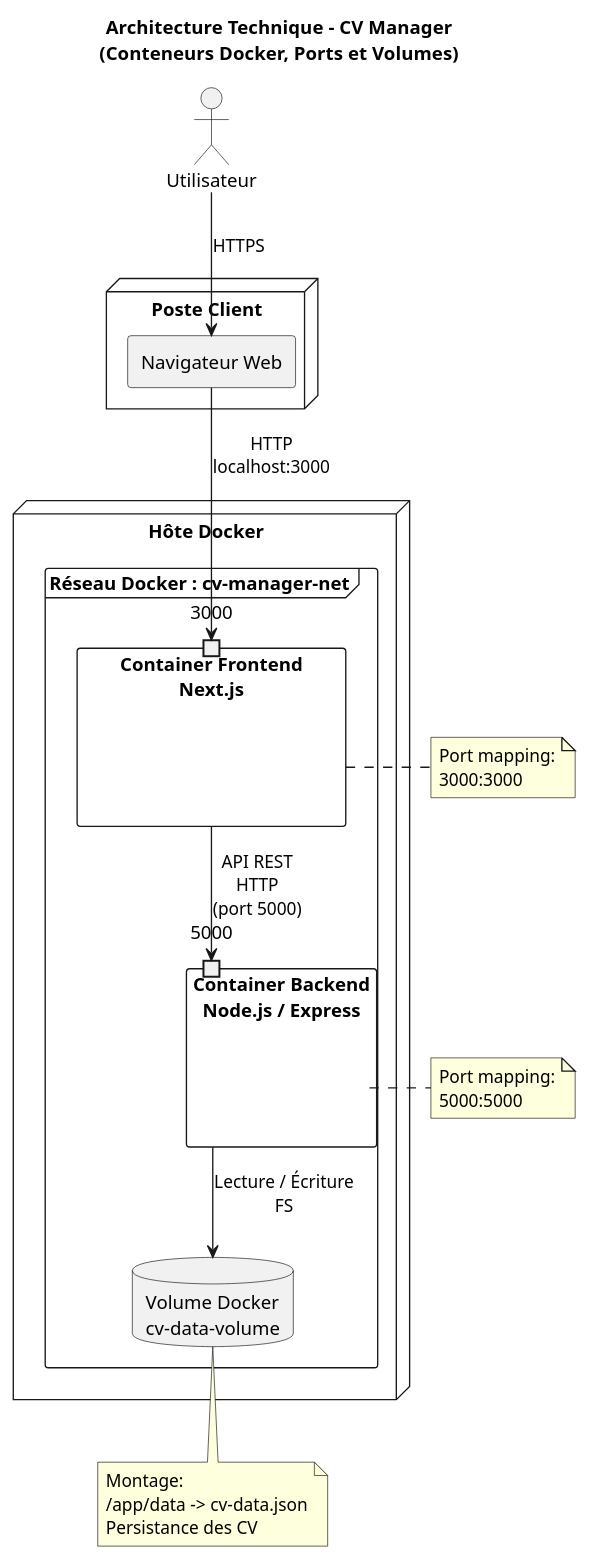
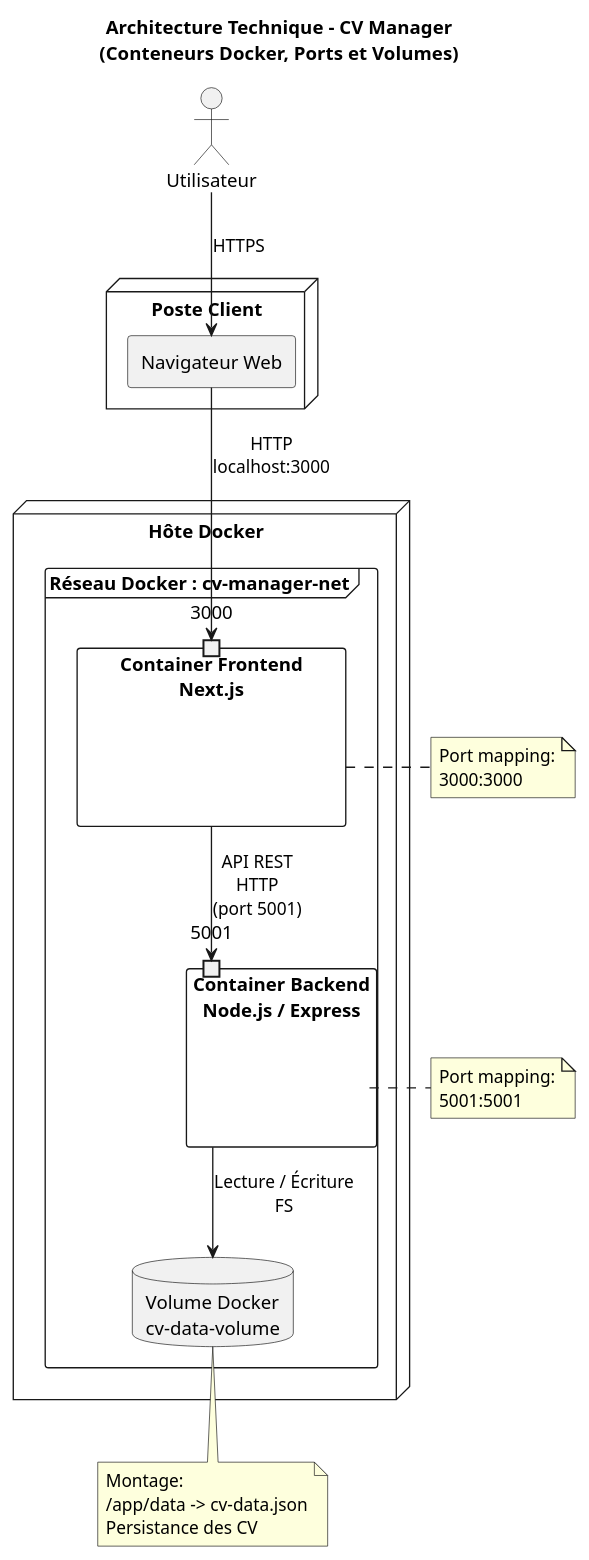
The diagram in docs/architecture/cv-manager-technical-architecture-docker.puml (Champomix/cv-manager), drawn with PlantUML before and after one commit. The commit also changed 8 other files, not shown here.

```diff
--- a/docs/architecture/cv-manager-technical-architecture-docker.puml
+++ b/docs/architecture/cv-manager-technical-architecture-docker.puml
@@ -1,79 +1,79 @@
 @startuml cv-manager-technical-architecture-docker
 title Architecture Technique - CV Manager\n(Conteneurs Docker, Ports et Volumes)
 
 ''left to right direction
 skinparam componentStyle rectangle
 
 '=====================
 ' Acteur
 '=====================
 actor Utilisateur
 
 '=====================
 ' Client
 '=====================
 node "Poste Client" {
   component "Navigateur Web" as browser
 }
 
 '=====================
 ' Infrastructure Docker
 '=====================
 node "Hôte Docker" {
 
   frame "Réseau Docker : cv-manager-net" {
 
     ' Frontend
     component "Container Frontend\nNext.js" as frontend {
       port "3000" as f_port
     }
 
     ' Backend
     component "Container Backend\nNode.js / Express" as backend {
-      port "5000" as b_port
+      port "5001" as b_port
     }
 
     ' Volume de données
     database "Volume Docker\ncv-data-volume" as volume
   }
 }
 
 '=====================
 ' Connexions utilisateur
 '=====================
 Utilisateur --> browser : HTTPS
 browser --> f_port : HTTP\nlocalhost:3000
 
 '=====================
 ' Connexions inter-conteneurs
 '=====================
-frontend --> b_port : API REST\nHTTP\n(port 5000)
+frontend --> b_port : API REST\nHTTP\n(port 5001)
 
 '=====================
 ' Accès aux données
 '=====================
 backend --> volume : Lecture / Écriture\nFS
 
 '=====================
 ' Mapping des ports (hôte -> conteneur)
 '=====================
 note right of frontend
   Port mapping:
   3000:3000
 end note
 
 note right of backend
   Port mapping:
-  5000:5000
+  5001:5001
 end note
 
 '=====================
 ' Volume Docker
 '=====================
 note bottom of volume
   Montage:
   /app/data -> cv-data.json
   Persistance des CV
 end note
 
 @enduml
```
